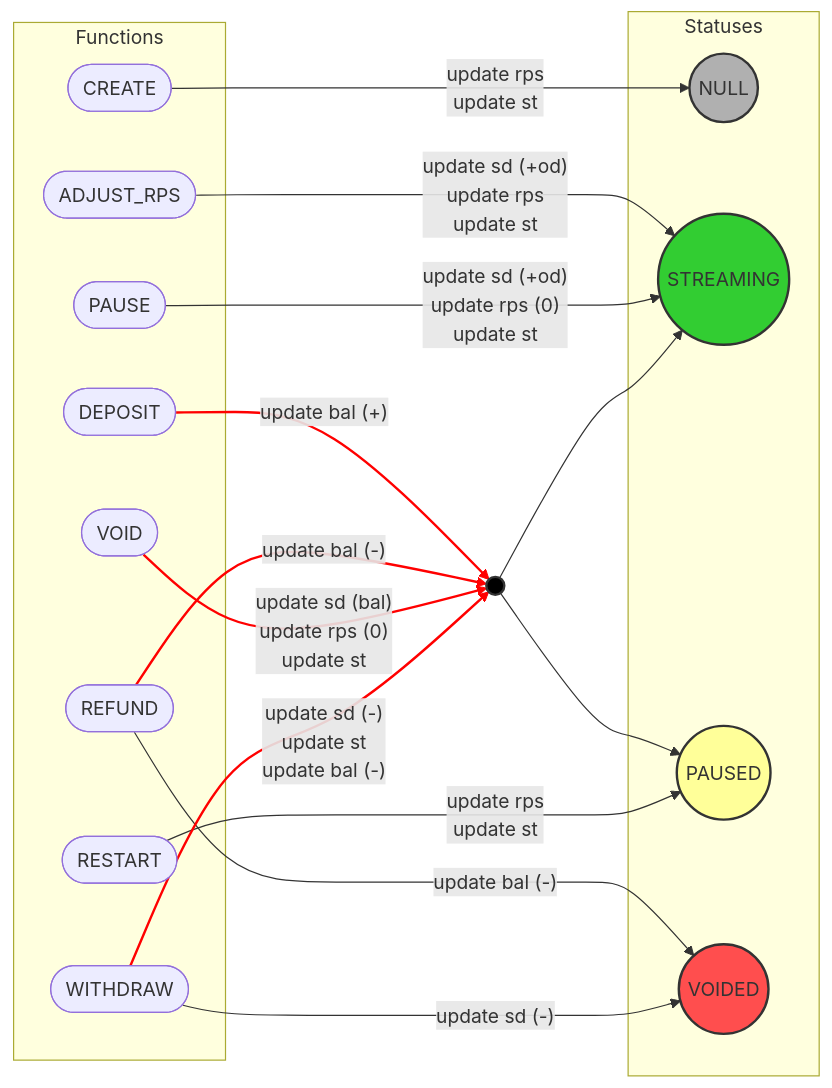
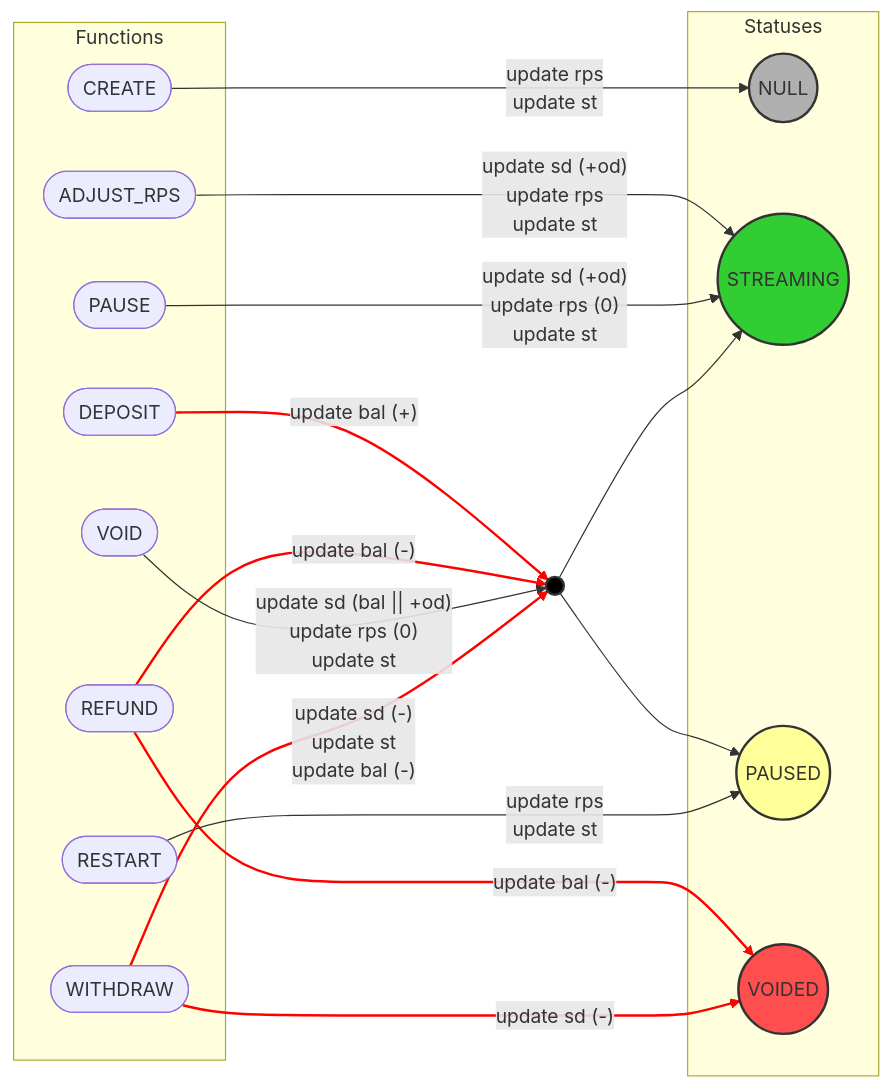
Before and after one commit to sablier-labs/flow: the second of 8 diagrams in DIAGRAMS.md, drawn with Mermaid. The commit also changed other lines of this file and 4 other files, not shown here.

````diff
--- a/DIAGRAMS.md
+++ b/DIAGRAMS.md
@@ -76,51 +75,51 @@
 ```mermaid
 flowchart LR
     subgraph Statuses
         NULL((NULL)):::grey
         STR((STREAMING)):::green
         PSED((PAUSED)):::yellow
         VOID((VOIDED)):::red
     end
 
     subgraph Functions
         CR([CREATE])
         ADJRPS([ADJUST_RPS])
         DP([DEPOSIT])
         PS([PAUSE])
         RST([RESTART])
         VD([VOID])
         RFD([REFUND])
         WTD([WITHDRAW])
     end
 
     BOTH((  )):::black
 
 
     classDef black fill:#000000,stroke:#333,stroke-width:2px;
     classDef green fill:#32cd32,stroke:#333,stroke-width:2px;
     classDef grey fill:#b0b0b0,stroke:#333,stroke-width:2px;
     classDef yellow fill:#ffff99,stroke:#333,stroke-width:2px;
     classDef red fill:#ff4e4e,stroke:#333,stroke-width:2px;
 
     CR -- "update rps<br/>update st" --> NULL
 
     ADJRPS -- "update sd (+od)<br/>update rps<br/>update st" -->  STR
 
     DP -- "update bal (+)" --> BOTH
 
     RFD -- "update bal (-)" --> BOTH
     RFD -- "update bal (-)" --> VOID
 
     PS -- "update sd (+od)<br/>update rps (0)<br/>update st" --> STR
 
     BOTH --> STR & PSED
 
     RST -- "update rps<br/>update st" --> PSED
 
-    VD -- "update sd (bal)<br/>update rps (0)<br/>update st" --> BOTH
+    VD -- "update sd (bal || +od)<br/>update rps (0)<br/>update st" --> BOTH
 
     WTD -- "update sd (-)<br/>update st<br/>update bal (-)" --> BOTH
     WTD -- "update sd (-)" --> VOID
 
-    linkStyle 2,3,9,10 stroke:#ff0000,stroke-width:2px
+    linkStyle 2,3,4,10,11 stroke:#ff0000,stroke-width:2px
 ```
````
